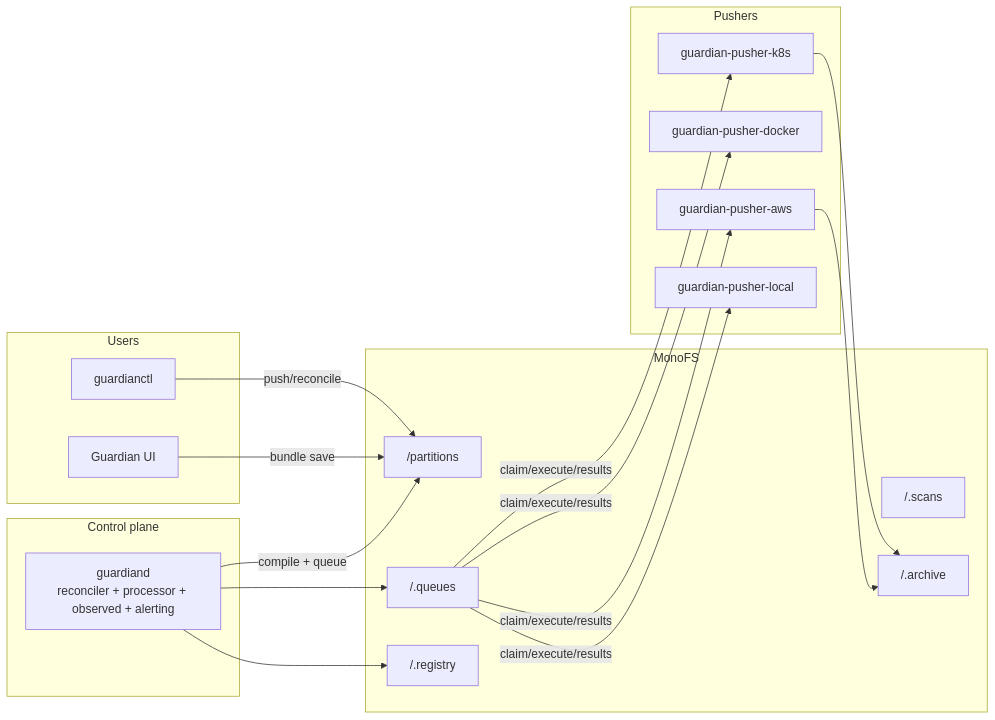
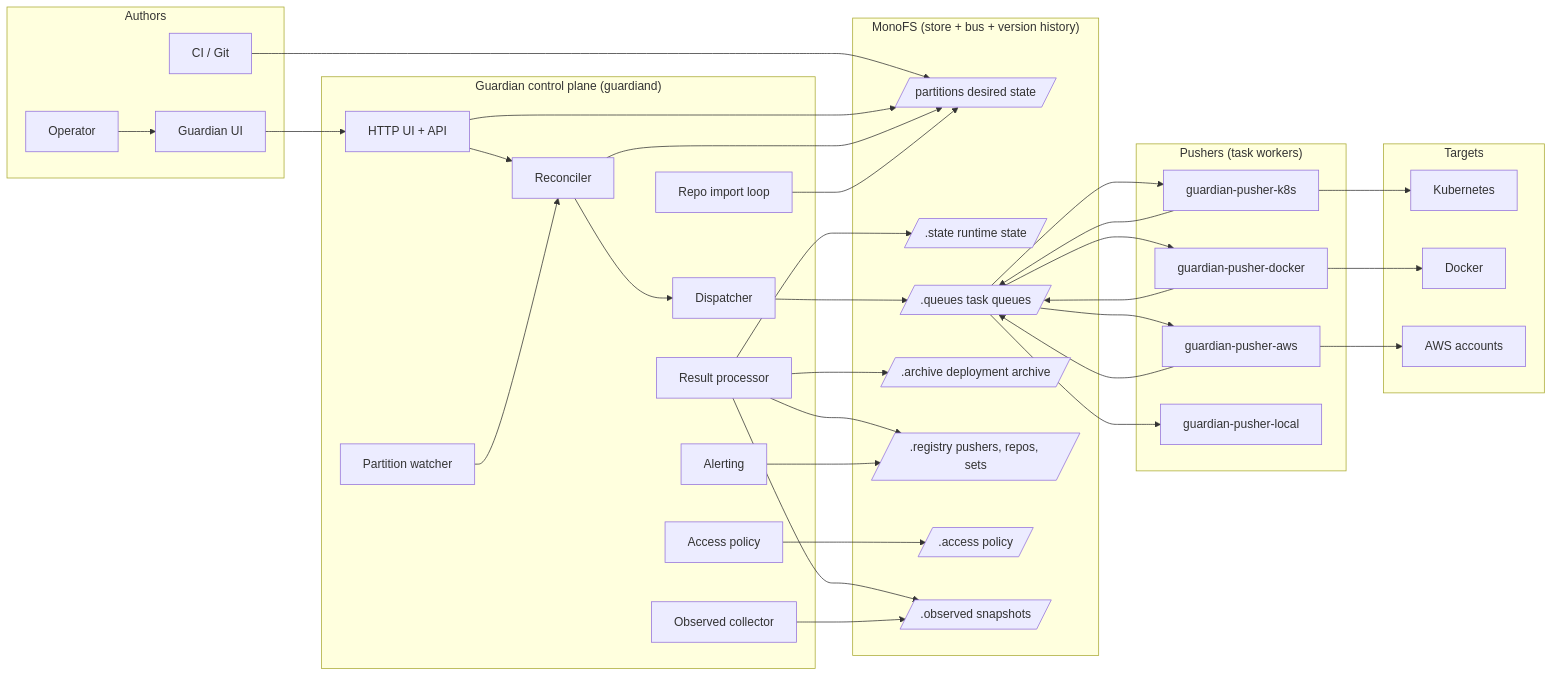
One commit to radryc/guardian changed the first of 4 diagrams in docs/architecture.md. Above: the diagram before and after it, drawn with Mermaid. The commit also changed other lines of this file and 98 other files, not shown here.

````diff
--- a/docs/architecture.md
+++ b/docs/architecture.md
@@ -18,38 +25,71 @@
 ```mermaid
 flowchart LR
-    subgraph Users
-        CLI[guardianctl]
+    subgraph Authors
+        OP[Operator]
+        CI[CI / Git]
         UI[Guardian UI]
     end
 
-    subgraph Control plane
-        Daemon[guardiand<br/>reconciler + processor + observed + alerting]
+    subgraph ControlPlane["Guardian control plane (guardiand)"]
+        API[HTTP UI + API]
+        REC[Reconciler]
+        WATCH[Partition watcher]
+        DISP[Dispatcher]
+        RES[Result processor]
+        OBS[Observed collector]
+        ALERT[Alerting]
+        ACC[Access policy]
+        RIMPORT[Repo import loop]
     end
 
-    subgraph Store[MonoFS]
-        Partitions["/partitions"]
-        Queues["/.queues"]
-        Scans["/.scans"]
-        Archive["/.archive"]
-        Registry["/.registry"]
+    subgraph Storage["MonoFS (store + bus + version history)"]
+        DESIRED[/partitions desired state/]
+        STATE[/.state runtime state/]
+        QUEUE[/.queues task queues/]
+        ARCHIVE[/.archive deployment archive/]
+        REG[/.registry pushers, repos, sets/]
+        ACCESS[/.access policy/]
+        OBSERVED[/.observed snapshots/]
     end
 
-    subgraph Pushers
-        K8s[guardian-pusher-k8s]
-        Docker[guardian-pusher-docker]
+    subgraph Workers["Pushers (task workers)"]
+        K8S[guardian-pusher-k8s]
+        DOCKER[guardian-pusher-docker]
         AWS[guardian-pusher-aws]
-        Local[guardian-pusher-local]
+        LOCAL[guardian-pusher-local]
     end
 
-    CLI -->|push/reconcile| Partitions
-    UI -->|bundle save| Partitions
-    Daemon -->|compile + queue| Partitions
-    Daemon --> Queues
-    Queues -->|claim/execute/results| K8s
-    Queues -->|claim/execute/results| Docker
-    Queues -->|claim/execute/results| AWS
-    Queues -->|claim/execute/results| Local
-    K8s --> Archive
-    AWS --> Archive
-    Daemon --> Registry
+    subgraph Targets
+        K[Kubernetes]
+        D[Docker]
+        A[AWS accounts]
+    end
+
+    OP --> UI
+    CI --> DESIRED
+    UI --> API
+    API --> DESIRED
+    API --> REC
+    WATCH --> REC
+    REC --> DESIRED
+    REC --> DISP
+    DISP --> QUEUE
+    QUEUE --> K8S
+    QUEUE --> DOCKER
+    QUEUE --> AWS
+    QUEUE --> LOCAL
+    K8S --> K
+    DOCKER --> D
+    AWS --> A
+    K8S --> QUEUE
+    DOCKER --> QUEUE
+    AWS --> QUEUE
+    RES --> STATE
+    RES --> ARCHIVE
+    RES --> REG
+    RES --> OBSERVED
+    OBS --> OBSERVED
+    ALERT --> REG
+    ACC --> ACCESS
+    RIMPORT --> DESIRED
 ```
````
